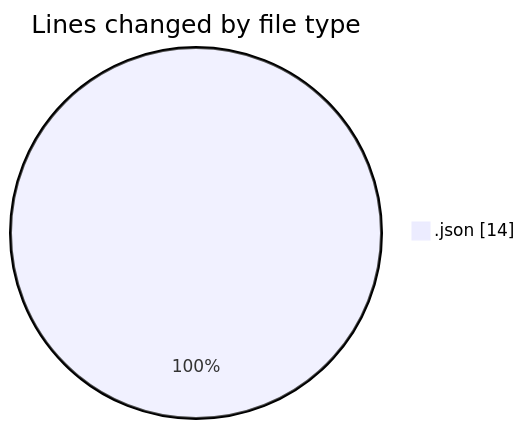
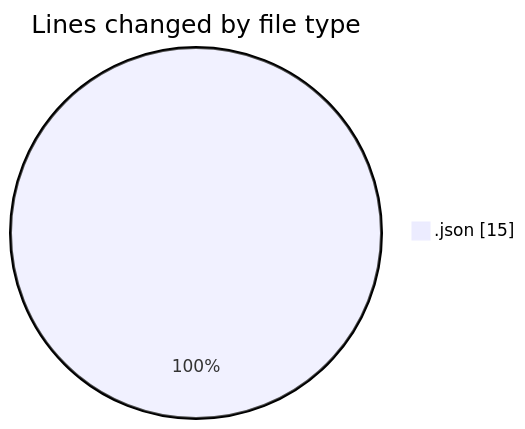
Before and after one commit to ecomensa/code-tracking: the first of 2 diagrams in 2025-03-09/user/README.md, drawn with Mermaid. The commit also changed other lines of this file and 1 other file, not shown here.

````diff
--- a/2025-03-09/user/README.md
+++ b/2025-03-09/user/README.md
@@ -20,5 +20,5 @@
 ```mermaid
 pie showData
 title Lines changed by file type
-".json" : 14
+".json" : 15
 ```
````
